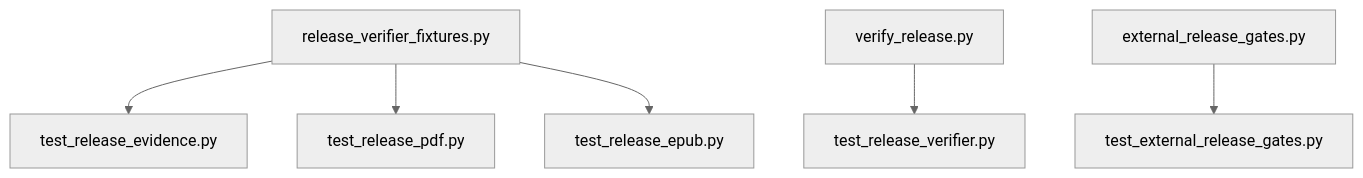
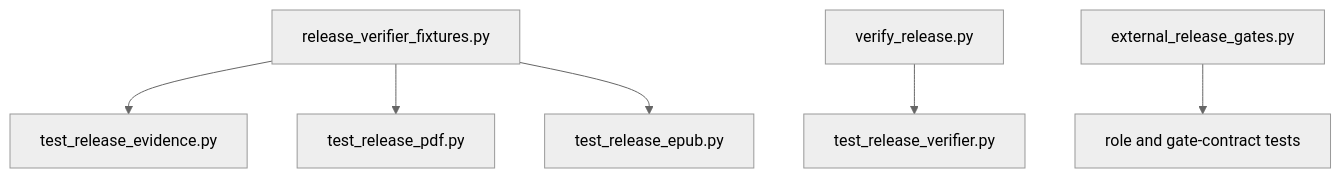
The second of 5 diagrams in tests/AGENTS.md (streamentry/streamentry), drawn with Mermaid (neutral theme) before and after one commit. The commit also changed other lines of this file and 32 other files, not shown here.

````diff
--- a/tests/AGENTS.md
+++ b/tests/AGENTS.md
@@ -37,8 +37,8 @@
 ```mermaid
 flowchart TB
   X["release_verifier_fixtures.py"] --> E["test_release_evidence.py"]
   X --> P["test_release_pdf.py"]
   X --> U["test_release_epub.py"]
   V["verify_release.py"] --> I["test_release_verifier.py"]
-  G["external_release_gates.py"] --> Q["test_external_release_gates.py"]
+  G["external_release_gates.py"] --> Q["role and gate-contract tests"]
 ```
````
